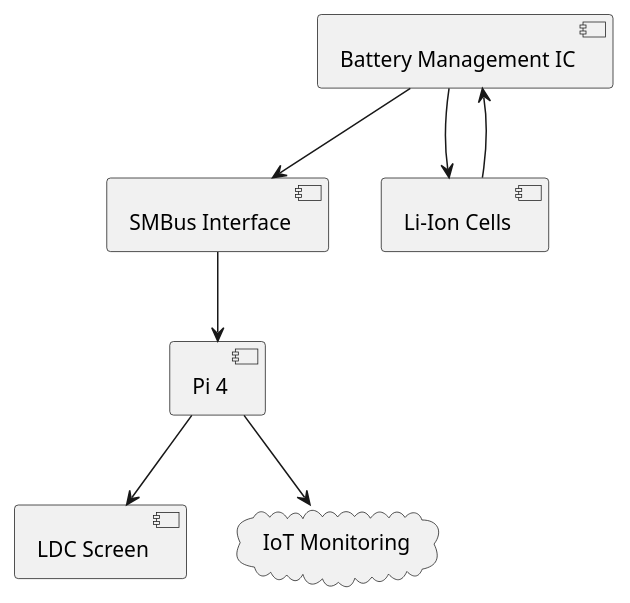
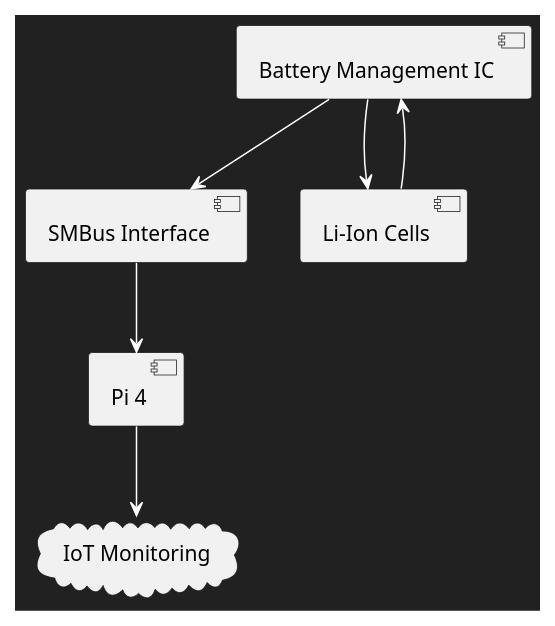
Before and after one commit to Larabol/CMPE246_L2A_G2: the diagram in SystemFlowchart.puml, drawn with PlantUML.

Commit message:
updated uml flowchart

```diff
--- a/SystemFlowchart.puml
+++ b/SystemFlowchart.puml
@@ -1,17 +1,18 @@
 @startuml
+    
+skinparam BackgroundColor #212121
+skinparam ArrowColor white
 
 [Battery Management IC]
 [SMBus Interface]
 [Li-Ion Cells]
 [Pi 4]
-[LDC Screen]
 cloud "IoT Monitoring" as IoT
 
 [Li-Ion Cells] --> [Battery Management IC]
 [Battery Management IC] --> [Li-Ion Cells]
 [Battery Management IC] --> [SMBus Interface]
 [SMBus Interface] --> [Pi 4]
-[Pi 4] --> [LDC Screen]
 [Pi 4] --> IoT
 
 @enduml
```
